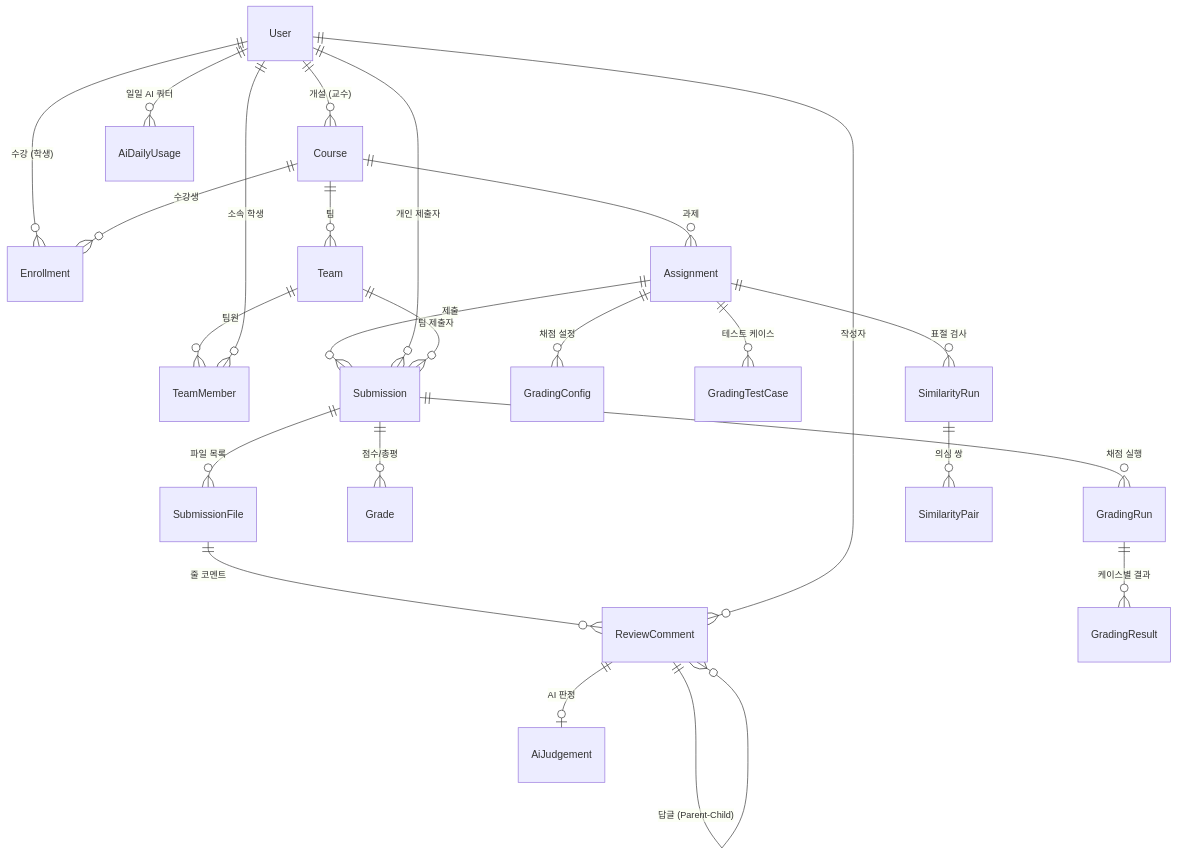
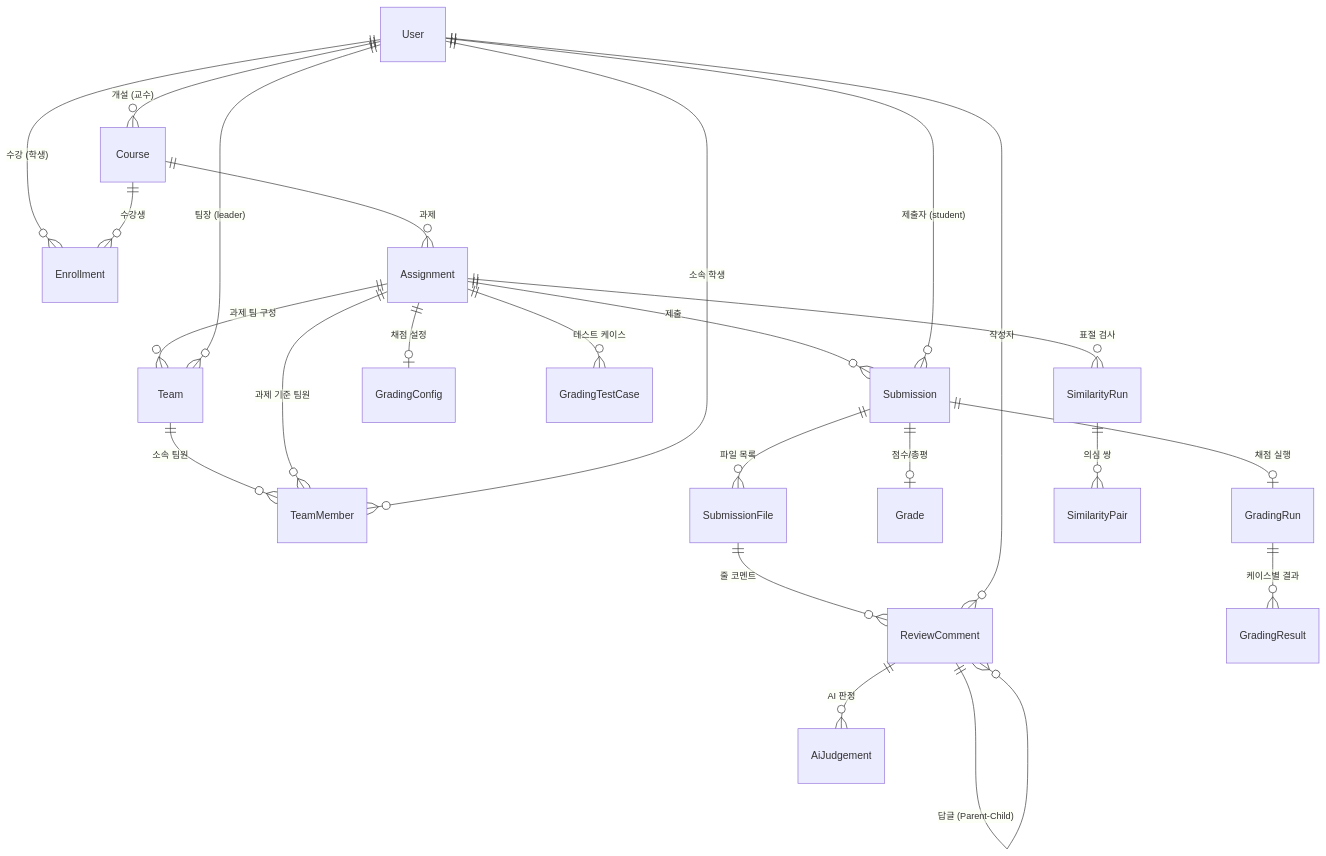
The second of 2 diagrams in README.md (ksw1295/submithub), drawn with Mermaid before and after one commit. The commit also changed 8 other files, not shown here.

Commit message:
docs: 산출물 팩트체크(실제 엔티티 ERD, Docker CLI, Gemini JSON 규격, 라우팅) 최종 반영

````diff
--- a/README.md
+++ b/README.md
@@ -154,31 +154,31 @@
 ```mermaid
 erDiagram
     User ||--o{ Course : "개설 (교수)"
     User ||--o{ Enrollment : "수강 (학생)"
     Course ||--o{ Enrollment : "수강생"
     Course ||--o{ Assignment : "과제"
-    Course ||--o{ Team : "팀"
-    Team ||--o{ TeamMember : "팀원"
+    Assignment ||--o{ Team : "과제 팀 구성"
+    User ||--o{ Team : "팀장 (leader)"
+    Team ||--o{ TeamMember : "소속 팀원"
+    Assignment ||--o{ TeamMember : "과제 기준 팀원"
     User ||--o{ TeamMember : "소속 학생"
 
     Assignment ||--o{ Submission : "제출"
-    User ||--o{ Submission : "개인 제출자"
-    Team ||--o{ Submission : "팀 제출자"
+    User ||--o{ Submission : "제출자 (student)"
     Submission ||--o{ SubmissionFile : "파일 목록"
-    Submission ||--o{ Grade : "점수/총평"
+    Submission ||--o| Grade : "점수/총평"
 
     SubmissionFile ||--o{ ReviewComment : "줄 코멘트"
     User ||--o{ ReviewComment : "작성자"
     ReviewComment ||--o{ ReviewComment : "답글 (Parent-Child)"
 
-    Assignment ||--o{ GradingConfig : "채점 설정"
+    Assignment ||--o| GradingConfig : "채점 설정"
     Assignment ||--o{ GradingTestCase : "테스트 케이스"
-    Submission ||--o{ GradingRun : "채점 실행"
+    Submission ||--o| GradingRun : "채점 실행"
     GradingRun ||--o{ GradingResult : "케이스별 결과"
 
     Assignment ||--o{ SimilarityRun : "표절 검사"
     SimilarityRun ||--o{ SimilarityPair : "의심 쌍"
 
-    ReviewComment ||--o| AiJudgement : "AI 판정"
-    User ||--o{ AiDailyUsage : "일일 AI 쿼터"
+    ReviewComment ||--o{ AiJudgement : "AI 판정"
 ```
````
